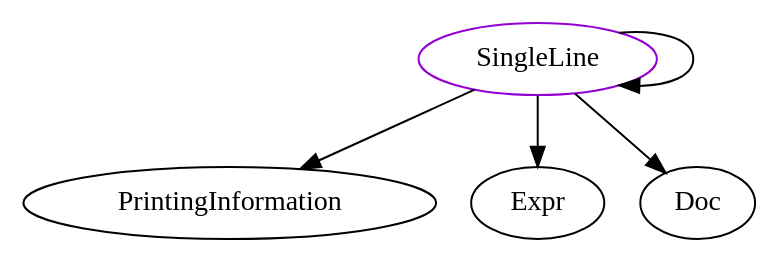
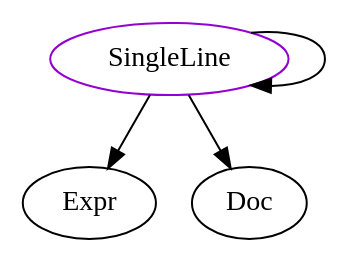
The diagram in analysis/TypeDependencyGraphs/printers/SingleLine.dot (JacquesCarette/Drasil), drawn with Graphviz before and after one commit. The commit also changed 289 other files, not shown here.

```diff
--- a/analysis/TypeDependencyGraphs/printers/SingleLine.dot
+++ b/analysis/TypeDependencyGraphs/printers/SingleLine.dot
@@ -1,7 +1,6 @@
 digraph singleline{
 SingleLine	[shape=oval, color=darkviolet, label="SingleLine"];
-SingleLine -> PrintingInformation;
 SingleLine -> SingleLine;
 SingleLine -> Expr;
 SingleLine -> Doc;
 }
```
